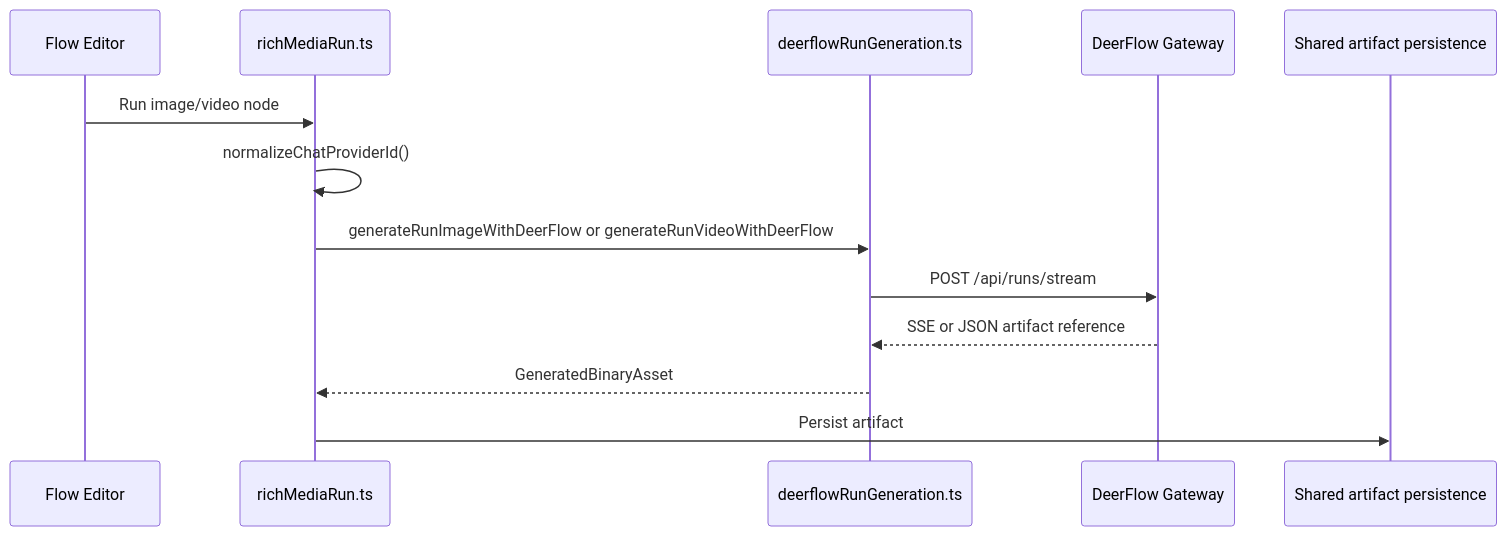
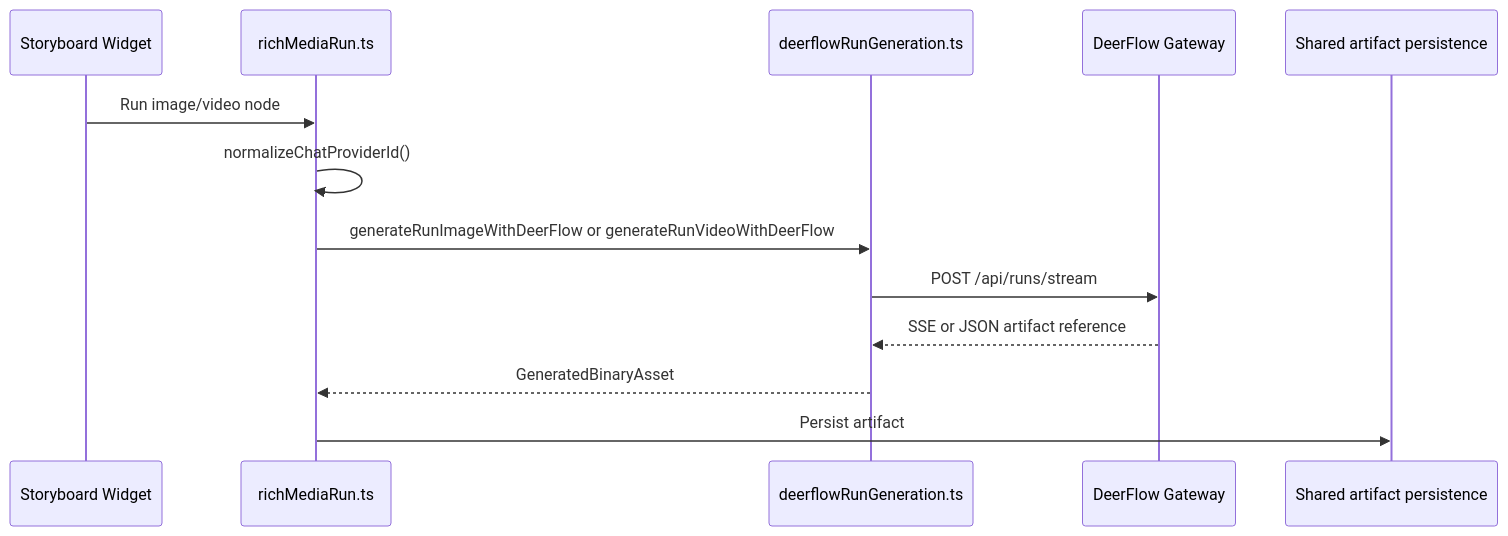
One commit to huijoohwee/knowgrph changed the second of 3 diagrams in docs/documents/knowgrph-deerflow/knowgrph-deerflow-prd-tad-integration-contracts-and-patterns.md. Above: the diagram before and after it, drawn with Mermaid. The commit also changed other lines of this file and 959 other files, not shown here.

Commit message:
feat: ship storyboard widget runtime

````diff
--- a/docs/documents/knowgrph-deerflow/knowgrph-deerflow-prd-tad-integration-contracts-and-patterns.md
+++ b/docs/documents/knowgrph-deerflow/knowgrph-deerflow-prd-tad-integration-contracts-and-patterns.md
@@ -192,16 +192,16 @@
 ```mermaid
 sequenceDiagram
-    participant Flow as Flow Editor
+    participant Flow as Storyboard Widget
     participant Runtime as richMediaRun.ts
     participant Adapter as deerflowRunGeneration.ts
     participant Gateway as DeerFlow Gateway
     participant Store as Shared artifact persistence
 
     Flow ->> Runtime : Run image/video node
     Runtime ->> Runtime : normalizeChatProviderId()
     Runtime ->> Adapter : generateRunImageWithDeerFlow or generateRunVideoWithDeerFlow
     Adapter ->> Gateway : POST /api/runs/stream
     Gateway -->> Adapter : SSE or JSON artifact reference
     Adapter -->> Runtime : GeneratedBinaryAsset
     Runtime ->> Store : Persist artifact
 ```
````
